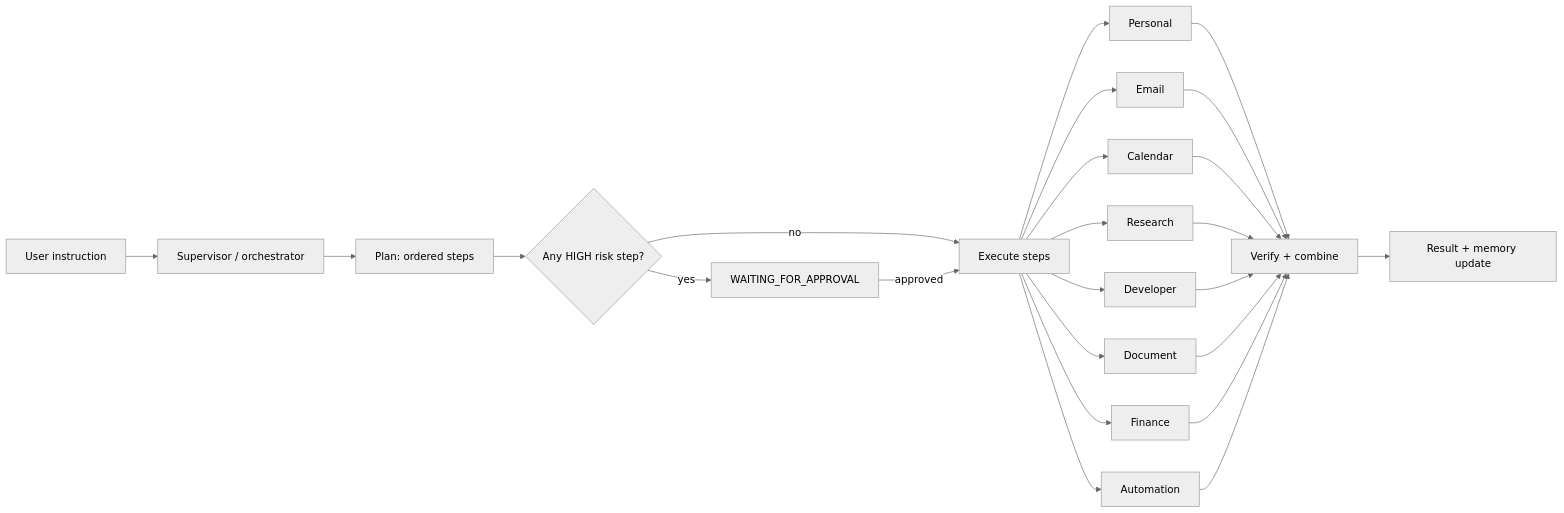
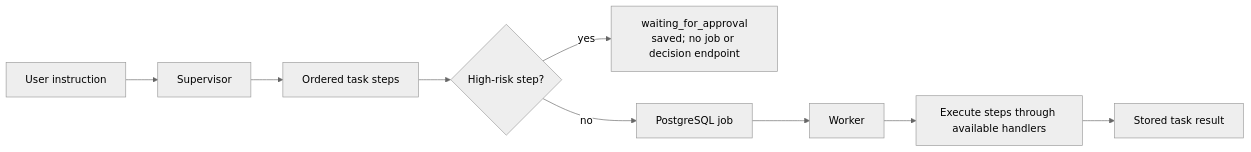
One commit to Abhishekpan731/Jarvis changed the third of 5 diagrams in docs/architecture/ARCHITECTURE.md. Above: the diagram before and after it, drawn with Mermaid (neutral theme). The commit also changed other lines of this file and 13 other files, not shown here.

````diff
--- a/docs/architecture/ARCHITECTURE.md
+++ b/docs/architecture/ARCHITECTURE.md
@@ -202,19 +217,11 @@
 ```mermaid
 flowchart LR
-    user["User instruction"] --> orch["Supervisor / orchestrator"]
-    orch --> plan["Plan: ordered steps"]
-    plan --> gate{"Any HIGH risk step?"}
-    gate -->|yes| approval["WAITING_FOR_APPROVAL"]
-    gate -->|no| exec["Execute steps"]
-    approval -->|approved| exec
-    exec --> a1["Personal"]
-    exec --> a2["Email"]
-    exec --> a3["Calendar"]
-    exec --> a4["Research"]
-    exec --> a5["Developer"]
-    exec --> a6["Document"]
-    exec --> a7["Finance"]
-    exec --> a8["Automation"]
-    a1 & a2 & a3 & a4 & a5 & a6 & a7 & a8 --> verify["Verify + combine"]
-    verify --> result["Result + memory update"]
+    user["User instruction"] --> orch["Supervisor"]
+    orch --> plan["Ordered task steps"]
+    plan --> gate{"High-risk step?"}
+    gate -->|yes| approval["waiting_for_approval<br/>saved; no job or decision endpoint"]
+    gate -->|no| job["PostgreSQL job"]
+    job --> worker["Worker"]
+    worker --> handlers["Execute steps through available handlers"]
+    handlers --> result["Stored task result"]
 ```
````
